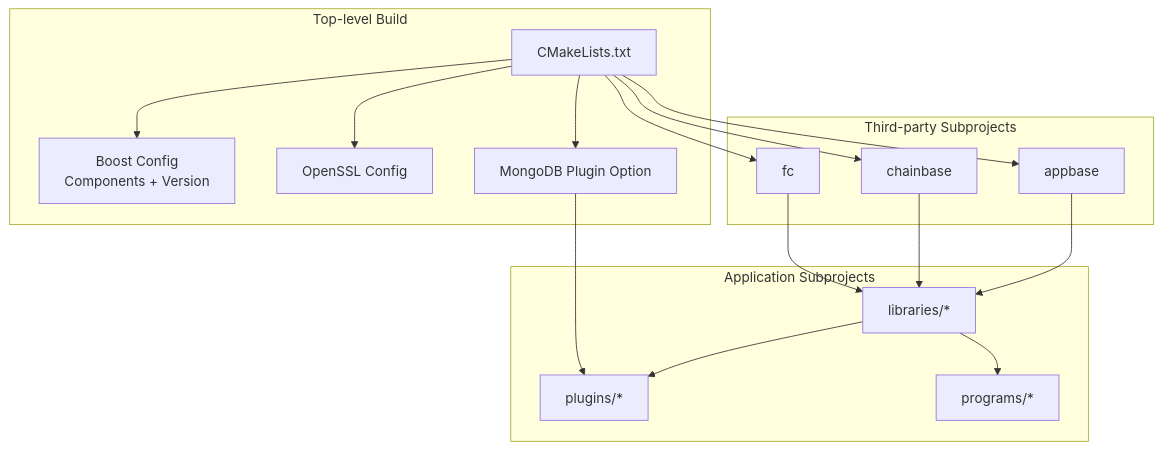
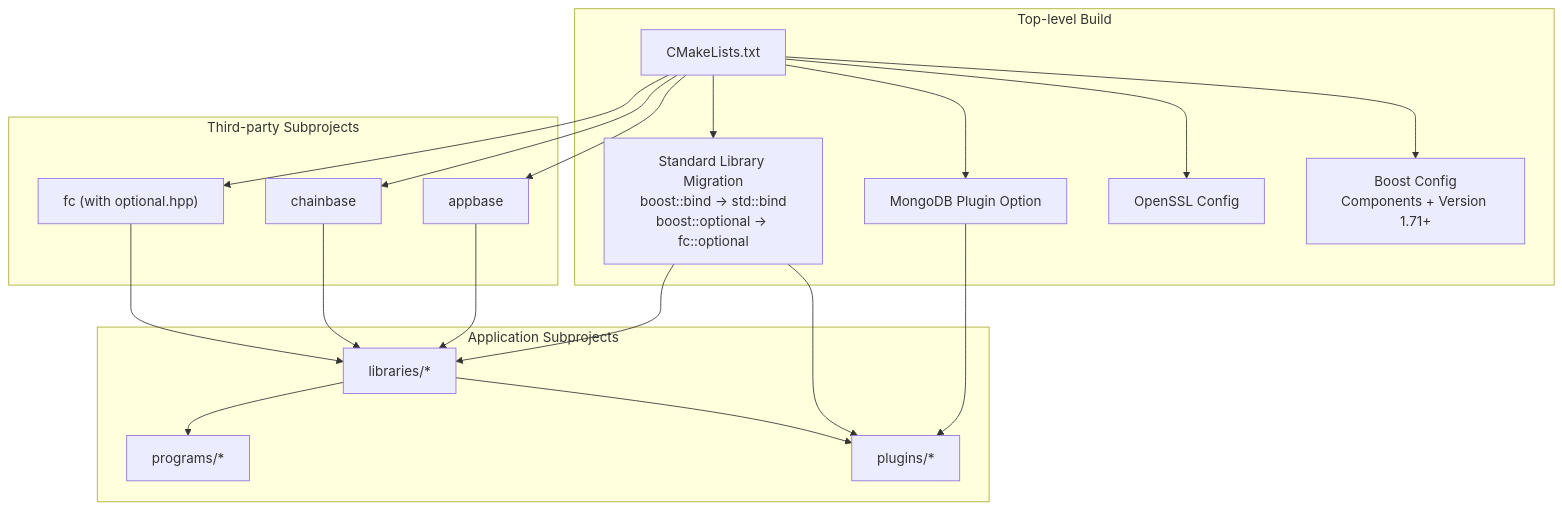
One commit to VIZ-Blockchain/viz-cpp-node changed the second of 7 diagrams in .qoder/repowiki/en/content/Development Tools/Build System/CMake Configuration/Dependency Management.md. Above: the diagram before and after it, drawn with Mermaid. The commit also changed other lines of this file and 7 other files, not shown here.

````diff
--- a/.qoder/repowiki/en/content/Development Tools/Build System/CMake Configuration/Dependency Management.md
+++ b/.qoder/repowiki/en/content/Development Tools/Build System/CMake Configuration/Dependency Management.md
@@ -86,31 +103,35 @@
 ```mermaid
 graph TB
 subgraph "Top-level Build"
 CMakeRoot["CMakeLists.txt"]
-OptBoost["Boost Config<br/>Components + Version"]
+OptBoost["Boost Config<br/>Components + Version 1.71+"]
 OptOpenSSL["OpenSSL Config"]
 OptMongo["MongoDB Plugin Option"]
+StdLib["Standard Library Migration<br/>boost::bind → std::bind<br/>boost::optional → fc::optional"]
 end
 subgraph "Third-party Subprojects"
 AppBase["appbase"]
 ChainBase["chainbase"]
-FC["fc"]
+FC["fc (with optional.hpp)"]
 end
 subgraph "Application Subprojects"
 Libs["libraries/*"]
 Plugins["plugins/*"]
 Progs["programs/*"]
 end
 CMakeRoot --> OptBoost
 CMakeRoot --> OptOpenSSL
 CMakeRoot --> OptMongo
+CMakeRoot --> StdLib
 CMakeRoot --> AppBase
 CMakeRoot --> ChainBase
 CMakeRoot --> FC
 AppBase --> Libs
 ChainBase --> Libs
 FC --> Libs
 Libs --> Plugins
 Libs --> Progs
 OptMongo --> Plugins
+StdLib --> Plugins
+StdLib --> Libs
 ```
````
